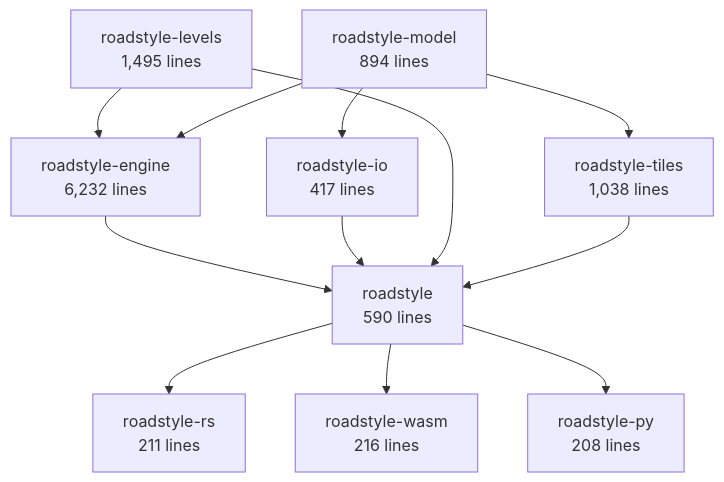
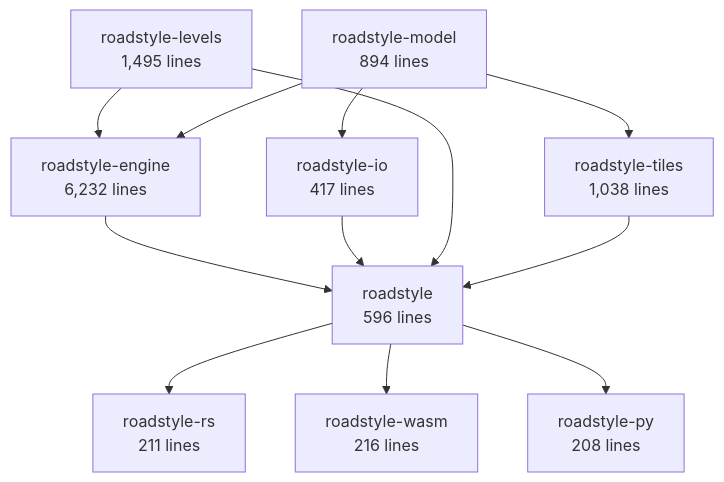
One commit to Khoshkhah/roadstyle changed the second of 6 diagrams in docs/rust/architecture.md. Above: the diagram before and after it, drawn with Mermaid. The commit also changed other lines of this file, not shown here.

Commit message:
docs: the architecture page made again from the code

````diff
--- a/docs/rust/architecture.md
+++ b/docs/rust/architecture.md
@@ -69,23 +69,23 @@
 ```mermaid
 flowchart TB
     roadstyle_model["roadstyle-model<br/>894 lines"]
     roadstyle_io["roadstyle-io<br/>417 lines"]
     roadstyle_levels["roadstyle-levels<br/>1,495 lines"]
     roadstyle_engine["roadstyle-engine<br/>6,232 lines"]
     roadstyle_tiles["roadstyle-tiles<br/>1,038 lines"]
-    roadstyle["roadstyle<br/>590 lines"]
+    roadstyle["roadstyle<br/>596 lines"]
     roadstyle_rs["roadstyle-rs<br/>211 lines"]
     roadstyle_wasm["roadstyle-wasm<br/>216 lines"]
     roadstyle_py["roadstyle-py<br/>208 lines"]
     roadstyle_model --> roadstyle_io
     roadstyle_levels --> roadstyle_engine
     roadstyle_model --> roadstyle_engine
     roadstyle_model --> roadstyle_tiles
     roadstyle_engine --> roadstyle
     roadstyle_io --> roadstyle
     roadstyle_levels --> roadstyle
     roadstyle_tiles --> roadstyle
     roadstyle --> roadstyle_rs
     roadstyle --> roadstyle_wasm
     roadstyle --> roadstyle_py
 ```
````
